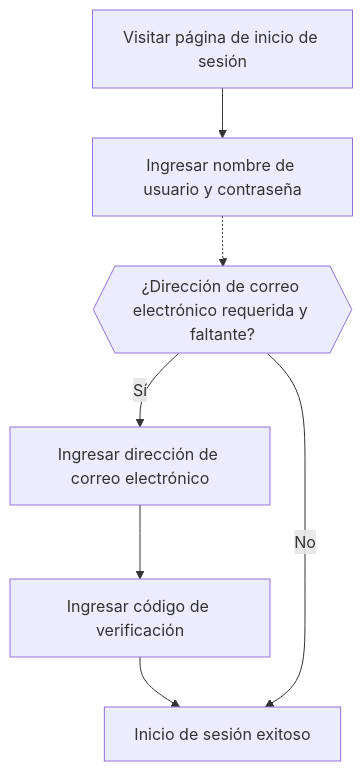
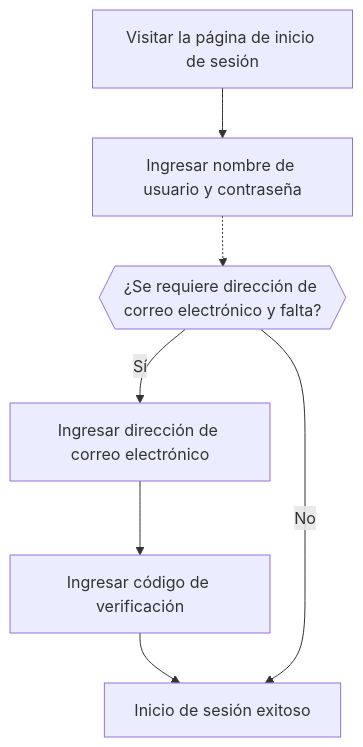
Before and after one commit to logto-io/docs: the diagram in i18n/es/docusaurus-plugin-content-docs/current/end-user-flows/sign-up-and-sign-in/sign-in.mdx, drawn with Mermaid. The commit also changed other lines of this file and 200 other files, not shown here.

````diff
--- a/i18n/es/docusaurus-plugin-content-docs/current/end-user-flows/sign-up-and-sign-in/sign-in.mdx
+++ b/i18n/es/docusaurus-plugin-content-docs/current/end-user-flows/sign-up-and-sign-in/sign-in.mdx
@@ -93,9 +94,9 @@
 ```mermaid
 flowchart TD
-    A[Visitar página de inicio de sesión] --> B[Ingresar nombre de usuario y contraseña]
-    B -.-> C{{¿Dirección de correo electrónico requerida y faltante?}}
+    A[Visitar la página de inicio de sesión] --> B[Ingresar nombre de usuario y contraseña]
+    B -.-> C{{¿Se requiere dirección de correo electrónico y falta?}}
     C -->|Sí| D[Ingresar dirección de correo electrónico]
     D --> E[Ingresar código de verificación]
     E --> F[Inicio de sesión exitoso]
     C --> |No| F
 ```
````
